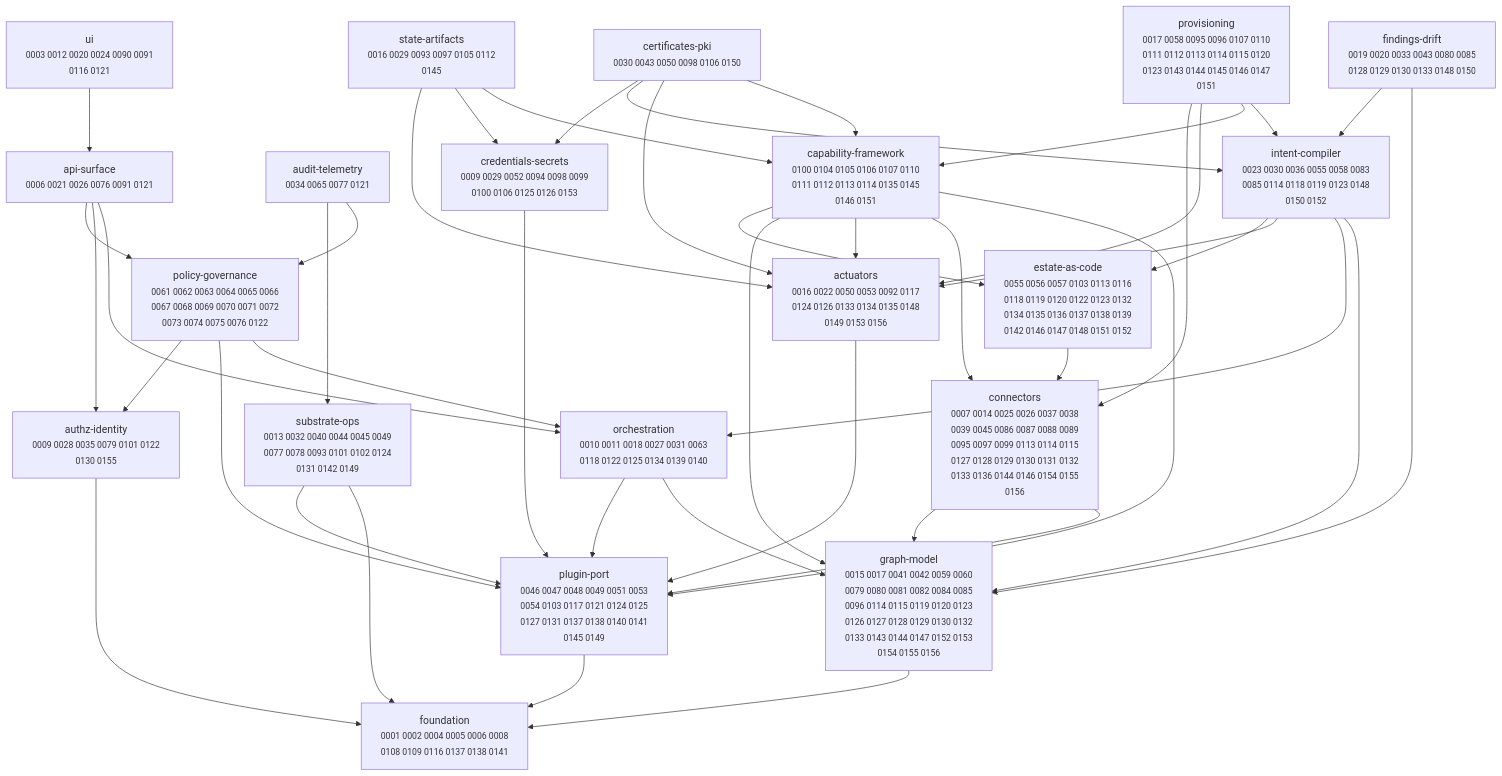
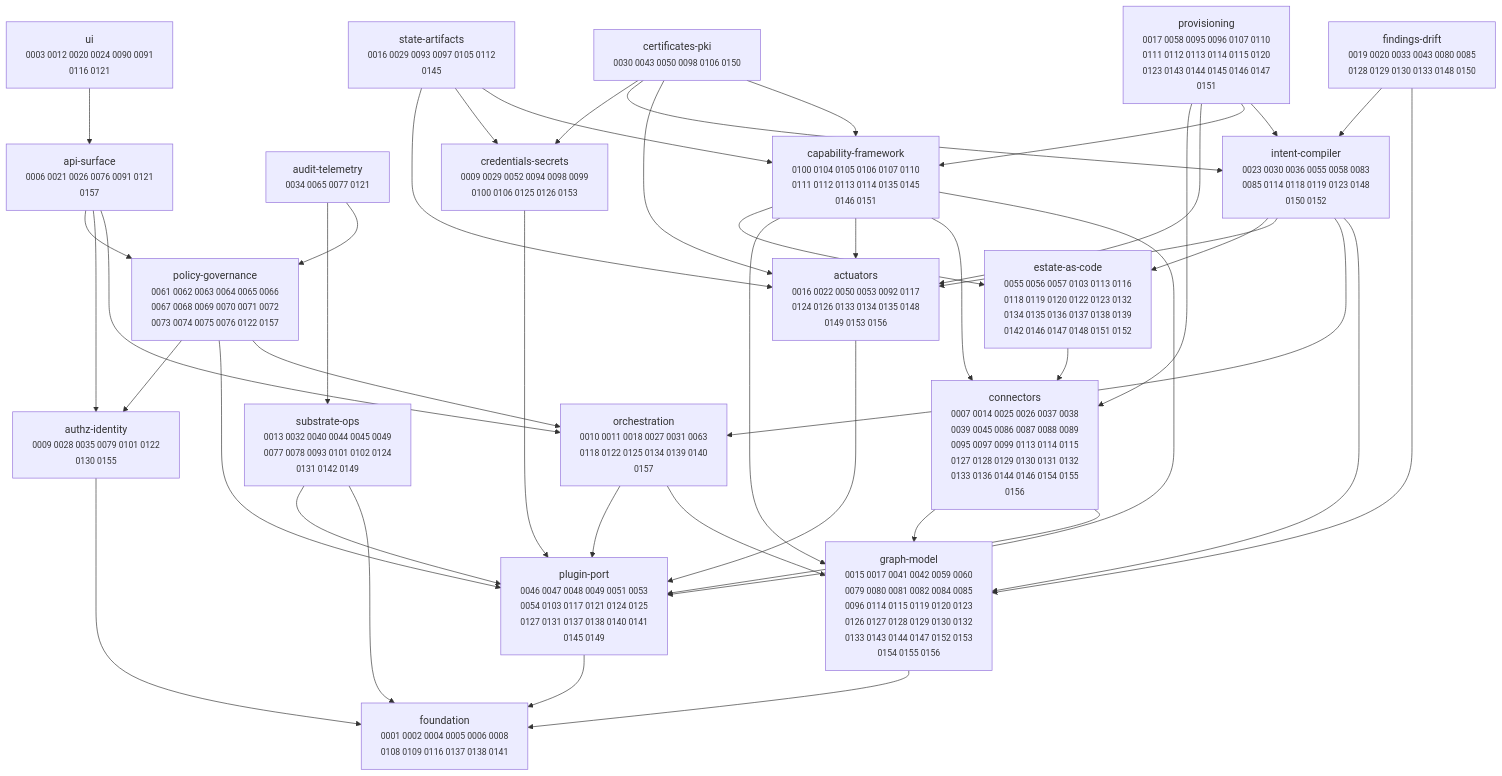
Before and after one commit to dstout-devops/stratt: the diagram in docs/adr/MAP.md, drawn with Mermaid. The commit also changed other lines of this file and 2 other files, not shown here.

````diff
--- a/docs/adr/MAP.md
+++ b/docs/adr/MAP.md
@@ -11,67 +11,67 @@
 ```mermaid
 graph TD
   actuators["actuators<br/><small>0016 0022 0050 0053 0092 0117<br/>0124 0126 0133 0134 0135 0148<br/>0149 0153 0156</small>"]
-  api_surface["api-surface<br/><small>0006 0021 0026 0076 0091 0121</small>"]
+  api_surface["api-surface<br/><small>0006 0021 0026 0076 0091 0121<br/>0157</small>"]
   audit_telemetry["audit-telemetry<br/><small>0034 0065 0077 0121</small>"]
   authz_identity["authz-identity<br/><small>0009 0028 0035 0079 0101 0122<br/>0130 0155</small>"]
   capability_framework["capability-framework<br/><small>0100 0104 0105 0106 0107 0110<br/>0111 0112 0113 0114 0135 0145<br/>0146 0151</small>"]
   certificates_pki["certificates-pki<br/><small>0030 0043 0050 0098 0106 0150</small>"]
   connectors["connectors<br/><small>0007 0014 0025 0026 0037 0038<br/>0039 0045 0086 0087 0088 0089<br/>0095 0097 0099 0113 0114 0115<br/>0127 0128 0129 0130 0131 0132<br/>0133 0136 0144 0146 0154 0155<br/>0156</small>"]
   credentials_secrets["credentials-secrets<br/><small>0009 0029 0052 0094 0098 0099<br/>0100 0106 0125 0126 0153</small>"]
   estate_as_code["estate-as-code<br/><small>0055 0056 0057 0103 0113 0116<br/>0118 0119 0120 0122 0123 0132<br/>0134 0135 0136 0137 0138 0139<br/>0142 0146 0147 0148 0151 0152</small>"]
   findings_drift["findings-drift<br/><small>0019 0020 0033 0043 0080 0085<br/>0128 0129 0130 0133 0148 0150</small>"]
   foundation["foundation<br/><small>0001 0002 0004 0005 0006 0008<br/>0108 0109 0116 0137 0138 0141</small>"]
   graph_model["graph-model<br/><small>0015 0017 0041 0042 0059 0060<br/>0079 0080 0081 0082 0084 0085<br/>0096 0114 0115 0119 0120 0123<br/>0126 0127 0128 0129 0130 0132<br/>0133 0143 0144 0147 0152 0153<br/>0154 0155 0156</small>"]
   intent_compiler["intent-compiler<br/><small>0023 0030 0036 0055 0058 0083<br/>0085 0114 0118 0119 0123 0148<br/>0150 0152</small>"]
-  orchestration["orchestration<br/><small>0010 0011 0018 0027 0031 0063<br/>0118 0122 0125 0134 0139 0140</small>"]
+  orchestration["orchestration<br/><small>0010 0011 0018 0027 0031 0063<br/>0118 0122 0125 0134 0139 0140<br/>0157</small>"]
   plugin_port["plugin-port<br/><small>0046 0047 0048 0049 0051 0053<br/>0054 0103 0117 0121 0124 0125<br/>0127 0131 0137 0138 0140 0141<br/>0145 0149</small>"]
-  policy_governance["policy-governance<br/><small>0061 0062 0063 0064 0065 0066<br/>0067 0068 0069 0070 0071 0072<br/>0073 0074 0075 0076 0122</small>"]
+  policy_governance["policy-governance<br/><small>0061 0062 0063 0064 0065 0066<br/>0067 0068 0069 0070 0071 0072<br/>0073 0074 0075 0076 0122 0157</small>"]
   provisioning["provisioning<br/><small>0017 0058 0095 0096 0107 0110<br/>0111 0112 0113 0114 0115 0120<br/>0123 0143 0144 0145 0146 0147<br/>0151</small>"]
   state_artifacts["state-artifacts<br/><small>0016 0029 0093 0097 0105 0112<br/>0145</small>"]
   substrate_ops["substrate-ops<br/><small>0013 0032 0040 0044 0045 0049<br/>0077 0078 0093 0101 0102 0124<br/>0131 0142 0149</small>"]
   ui["ui<br/><small>0003 0012 0020 0024 0090 0091<br/>0116 0121</small>"]
 
   actuators --> plugin_port
   api_surface --> orchestration
   api_surface --> authz_identity
   api_surface --> policy_governance
   audit_telemetry --> policy_governance
   audit_telemetry --> substrate_ops
   authz_identity --> foundation
   capability_framework --> plugin_port
   capability_framework --> connectors
   capability_framework --> actuators
   capability_framework --> graph_model
   capability_framework --> estate_as_code
   certificates_pki --> capability_framework
   certificates_pki --> actuators
   certificates_pki --> intent_compiler
   certificates_pki --> credentials_secrets
   connectors --> plugin_port
   connectors --> graph_model
   credentials_secrets --> plugin_port
   estate_as_code --> connectors
   findings_drift --> graph_model
   findings_drift --> intent_compiler
   graph_model --> foundation
   intent_compiler --> graph_model
   intent_compiler --> orchestration
   intent_compiler --> actuators
   intent_compiler --> estate_as_code
   orchestration --> graph_model
   orchestration --> plugin_port
   plugin_port --> foundation
   policy_governance --> orchestration
   policy_governance --> plugin_port
   policy_governance --> authz_identity
   provisioning --> intent_compiler
   provisioning --> capability_framework
   provisioning --> actuators
   provisioning --> connectors
   state_artifacts --> capability_framework
   state_artifacts --> credentials_secrets
   state_artifacts --> actuators
   substrate_ops --> foundation
   substrate_ops --> plugin_port
   ui --> api_surface
 ```
````
